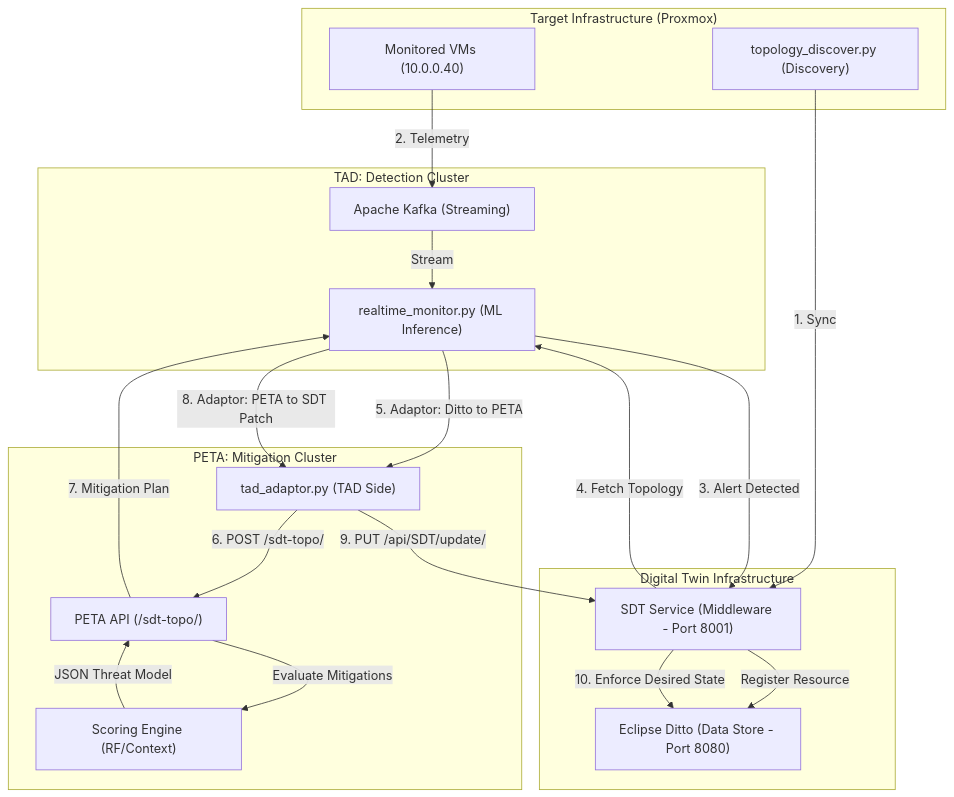
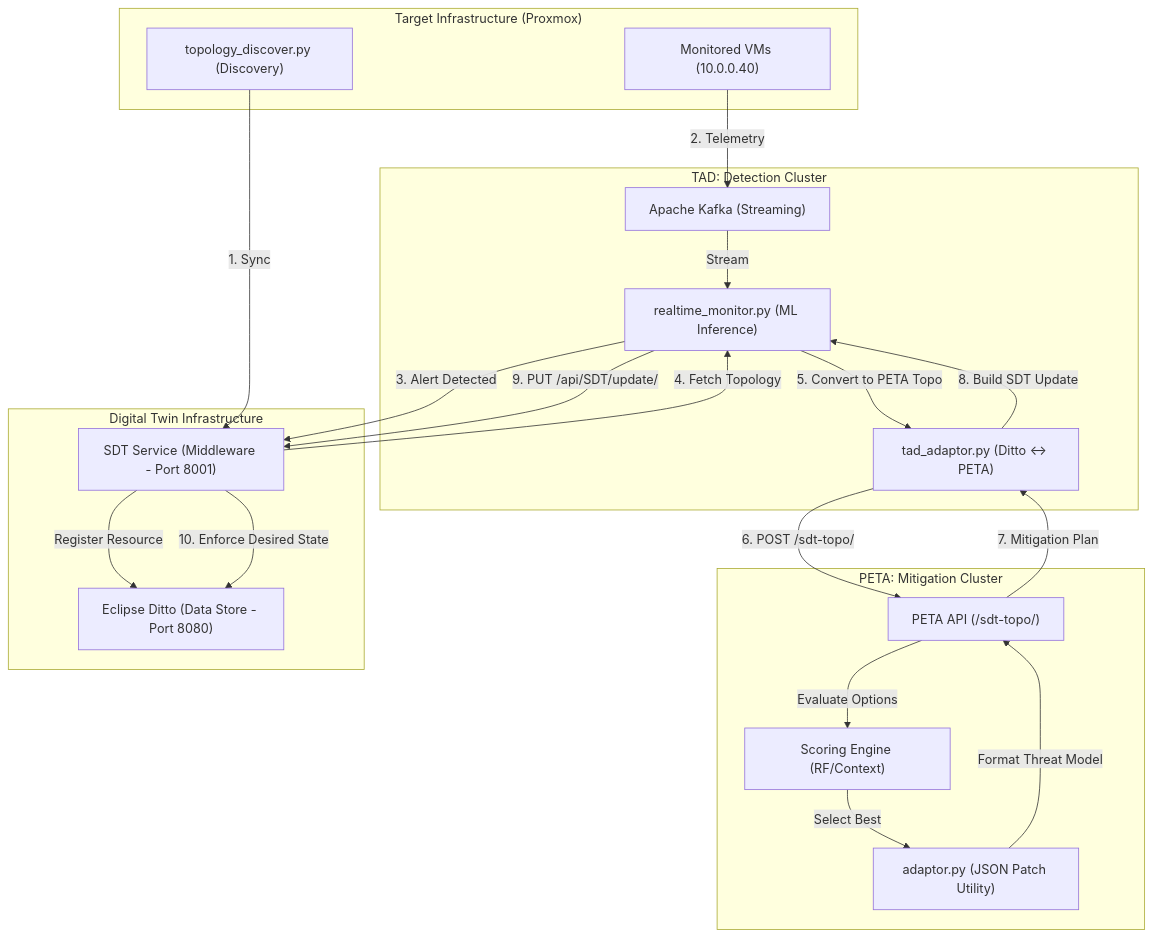
The diagram in README.md (COBALT-PROJECT/TAD-PETA), drawn with Mermaid before and after one commit. The commit also changed other lines of this file and 4 other files, not shown here.

Commit message:
figure updated

````diff
--- a/README.md
+++ b/README.md
@@ -29,43 +29,45 @@
 ```mermaid
 graph TD
     subgraph Target_Environment ["Target Infrastructure (Proxmox)"]
         VMs["Monitored VMs (10.0.0.40)"]
         TE["topology_discover.py (Discovery)"]
     end
 
     subgraph Monitoring_Pipeline ["TAD: Detection Cluster"]
         Kafka["Apache Kafka (Streaming)"]
         RM["realtime_monitor.py (ML Inference)"]
+        Adapt["tad_adaptor.py (Ditto ↔ PETA)"]
     end
 
     subgraph Intelligent_Remediation ["PETA: Mitigation Cluster"]
         API["PETA API (/sdt-topo/)"]
         Scoring["Scoring Engine (RF/Context)"]
-        Adapt["tad_adaptor.py (TAD Side)"]
+        PetaAdapt["adaptor.py (JSON Patch Utility)"]
     end
 
     subgraph Digital_Twin_Core ["Digital Twin Infrastructure"]
         SDT["SDT Service (Middleware - Port 8001)"]
         DT["Eclipse Ditto (Data Store - Port 8080)"]
     end
 
     %% Discovery Flow
     TE -->|1. Sync| SDT
     SDT -->|Register Resource| DT
 
     %% Detection Flow
     VMs -->|2. Telemetry| Kafka
     Kafka -->|Stream| RM
     
     %% Remediation Loop
     RM -->|3. Alert Detected| SDT
     SDT -->|4. Fetch Topology| RM
-    RM -->|5. Adaptor: Ditto to PETA| Adapt
+    RM -->|5. Convert to PETA Topo| Adapt
     Adapt -->|6. POST /sdt-topo/| API
-    API -->|Evaluate Mitigations| Scoring
-    Scoring -->|JSON Threat Model| API
-    API -->|7. Mitigation Plan| RM
-    RM -->|8. Adaptor: PETA to SDT Patch| Adapt
-    Adapt -->|9. PUT /api/SDT/update/| SDT
+    API -->|Evaluate Options| Scoring
+    Scoring -->|Select Best| PetaAdapt
+    PetaAdapt -->|Format Threat Model| API
+    API -->|7. Mitigation Plan| Adapt
+    Adapt -->|8. Build SDT Update| RM
+    RM -->|9. PUT /api/SDT/update/| SDT
     SDT -->|10. Enforce Desired State| DT
 ```
````
